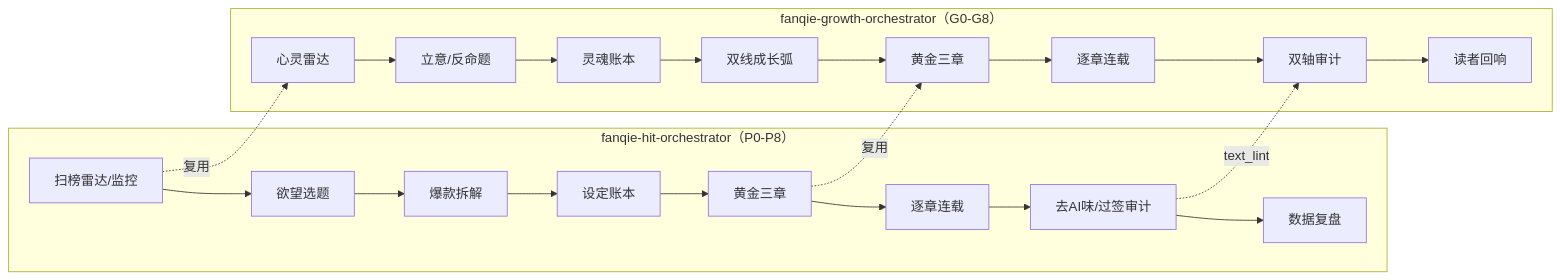
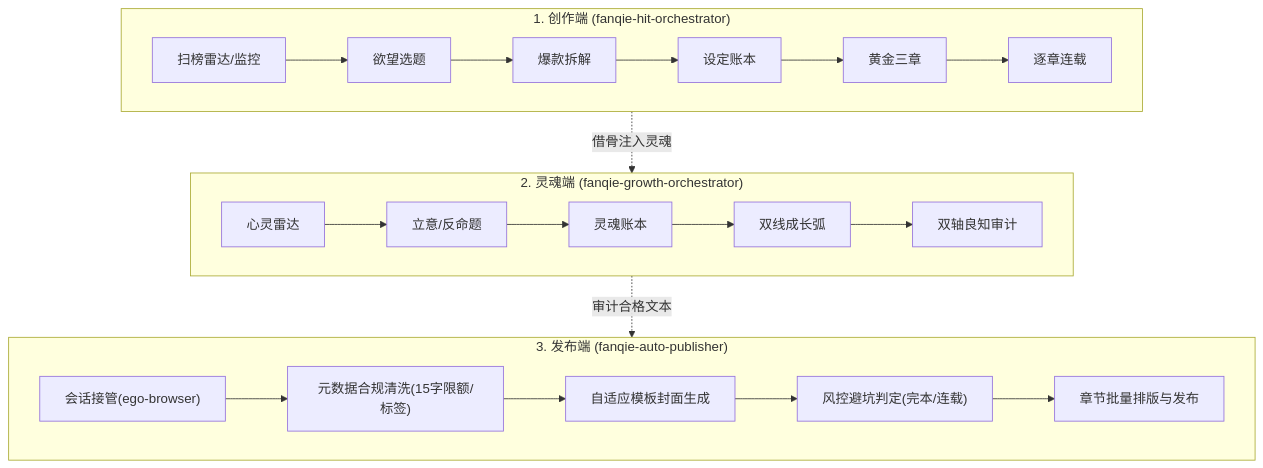
Before and after one commit to cnproduct/fanqie-novel-skills: the diagram in README.md, drawn with Mermaid. The commit also changed other lines of this file and 1 other file, not shown here.

Commit message:
feat: add plugin.json manifest and update suite README for fanqie-auto-publisher

````diff
--- a/README.md
+++ b/README.md
@@ -12,12 +15,15 @@
 ```mermaid
-flowchart LR
-  subgraph HIT["fanqie-hit-orchestrator（P0-P8）"]
-    P1["扫榜雷达/监控"] --> P2["欲望选题"] --> P3["爆款拆解"] --> P4["设定账本"] --> P5["黄金三章"] --> P6["逐章连载"] --> P7["去AI味/过签审计"] --> P8["数据复盘"]
+flowchart TD
+  subgraph CREATION["1. 创作端 (fanqie-hit-orchestrator)"]
+    P1["扫榜雷达/监控"] --> P2["欲望选题"] --> P3["爆款拆解"] --> P4["设定账本"] --> P5["黄金三章"] --> P6["逐章连载"]
   end
-  subgraph GROWTH["fanqie-growth-orchestrator（G0-G8）"]
-    G1["心灵雷达"] --> G2["立意/反命题"] --> G3["灵魂账本"] --> G4["双线成长弧"] --> G5["黄金三章"] --> G6["逐章连载"] --> G7["双轴审计"] --> G8["读者回响"]
+  subgraph SOUL["2. 灵魂端 (fanqie-growth-orchestrator)"]
+    G1["心灵雷达"] --> G2["立意/反命题"] --> G3["灵魂账本"] --> G4["双线成长弧"] --> G7["双轴良知审计"]
   end
-  P1 -. 复用 .-> G1
-  P5 -. 复用 .-> G5
-  P7 -. text_lint .-> G7
+  subgraph PUBLISH["3. 发布端 (fanqie-auto-publisher)"]
+    U0["会话接管(ego-browser)"] --> U1["元数据合规清洗(15字限额/标签)"] --> U2["自适应模板封面生成"] --> U3["风控避坑判定(完本/连载)"] --> U4["章节批量排版与发布"]
+  end
+
+  CREATION -. 借骨注入灵魂 .-> SOUL
+  SOUL -. 审计合格文本 .-> PUBLISH
 ```
````
